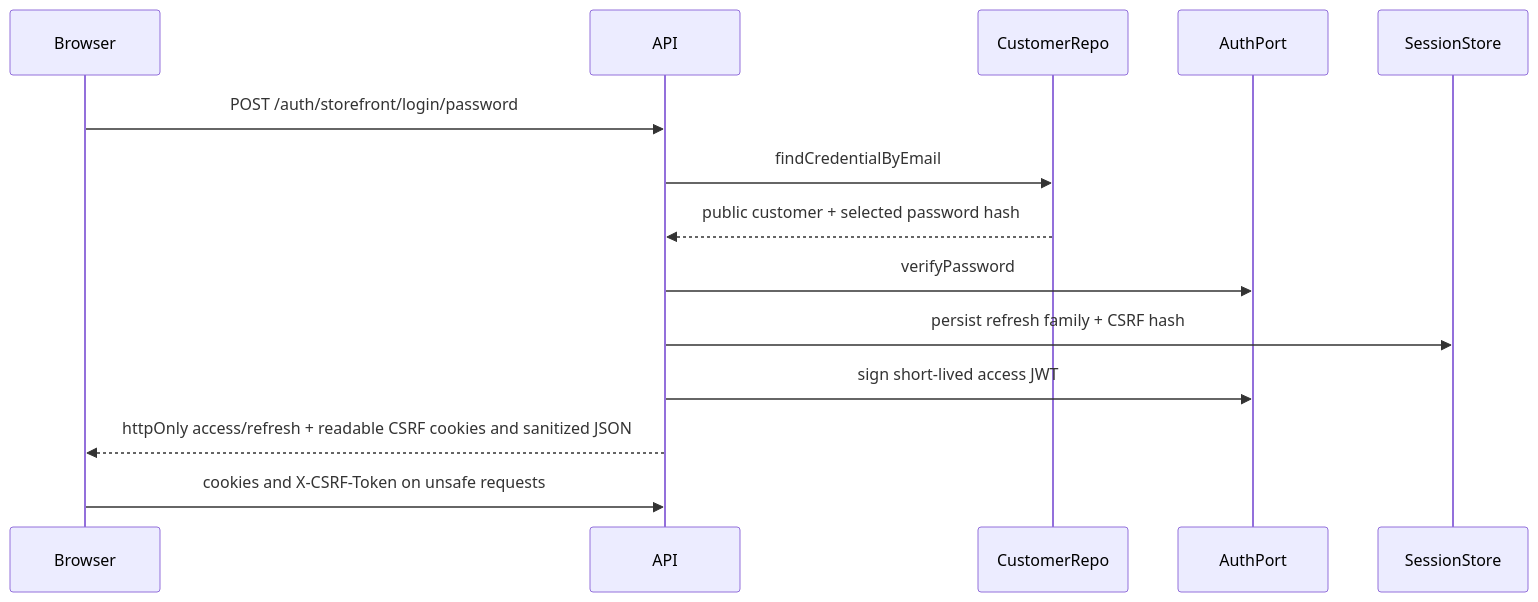
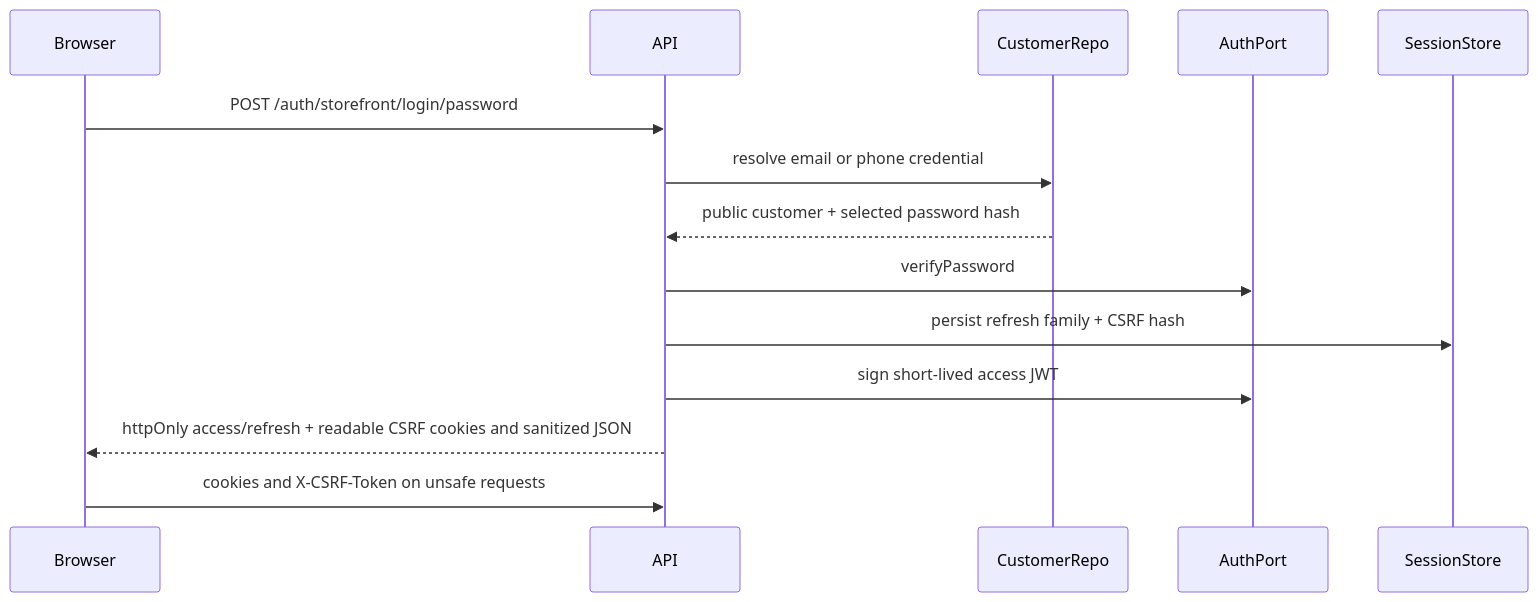
The first of 2 diagrams in docs/backend/security-and-identity.md (Kaizer-Systems/saha-textile), drawn with Mermaid before and after one commit. The commit also changed other lines of this file and 73 other files, not shown here.

````diff
--- a/docs/backend/security-and-identity.md
+++ b/docs/backend/security-and-identity.md
@@ -50,17 +50,17 @@
 ```mermaid
 sequenceDiagram
     participant Browser
     participant API
     participant CustomerRepo
     participant AuthPort
     participant SessionStore
 
     Browser->>API: POST /auth/storefront/login/password
-    API->>CustomerRepo: findCredentialByEmail
+    API->>CustomerRepo: resolve email or phone credential
     CustomerRepo-->>API: public customer + selected password hash
     API->>AuthPort: verifyPassword
     API->>SessionStore: persist refresh family + CSRF hash
     API->>AuthPort: sign short-lived access JWT
     API-->>Browser: httpOnly access/refresh + readable CSRF cookies and sanitized JSON
     Browser->>API: cookies and X-CSRF-Token on unsafe requests
 ```
````
